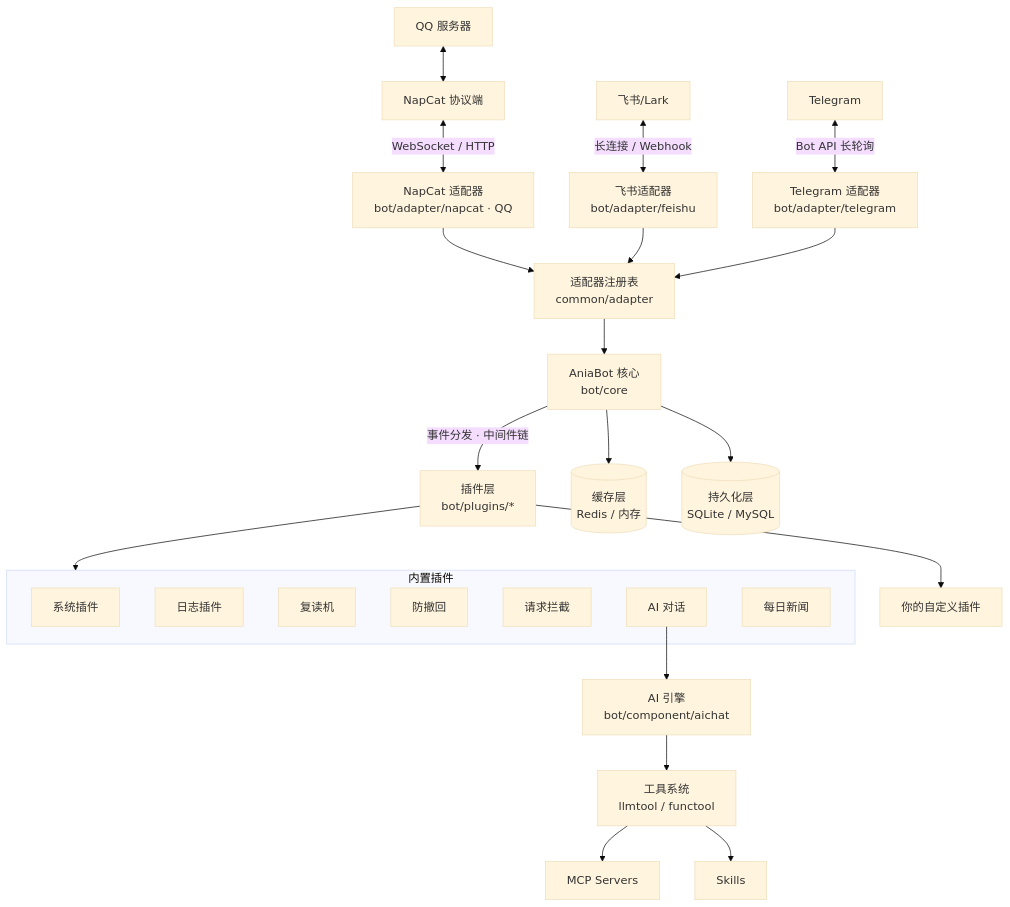
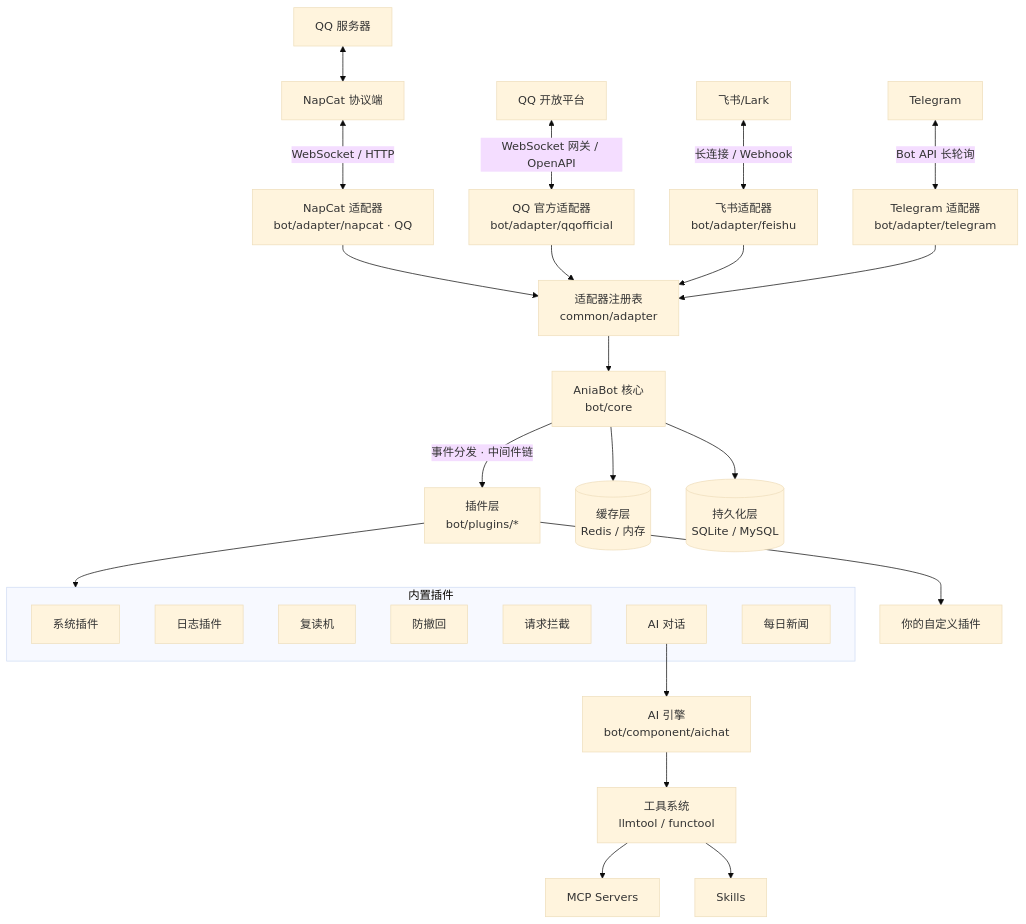
The diagram in docs/guide/introduction.md (jeanhua/AniaBot), drawn with Mermaid (base theme) before and after one commit. The commit also changed other lines of this file and 23 other files, not shown here.

````diff
--- a/docs/guide/introduction.md
+++ b/docs/guide/introduction.md
@@ -23,33 +23,35 @@
 ```mermaid
 flowchart TB
     QQ[QQ 服务器] <--> NapCat[NapCat 协议端]
     NapCat <-->|WebSocket / HTTP| NAdapter[NapCat 适配器<br/>bot/adapter/napcat · QQ]
+    QQOfficial[QQ 开放平台] <-->|WebSocket 网关 / OpenAPI| QAdapter[QQ 官方适配器<br/>bot/adapter/qqofficial]
     Feishu[飞书/Lark] <-->|长连接 / Webhook| FAdapter[飞书适配器<br/>bot/adapter/feishu]
     Telegram[Telegram] <-->|Bot API 长轮询| TAdapter[Telegram 适配器<br/>bot/adapter/telegram]
     NAdapter --> Registry[适配器注册表<br/>common/adapter]
+    QAdapter --> Registry
     FAdapter --> Registry
     TAdapter --> Registry
     Registry --> Core[AniaBot 核心<br/>bot/core]
     Core -->|事件分发 · 中间件链| Plugins[插件层<br/>bot/plugins/*]
 
     subgraph BuiltIn[内置插件]
         Sys[系统插件]
         Log[日志插件]
         Repeat[复读机]
         Anti[防撤回]
         Interceptor[请求拦截]
         AI[AI 对话]
         News[每日新闻]
     end
 
     Plugins --> BuiltIn
     Plugins --> Custom[你的自定义插件]
 
     AI --> Engine[AI 引擎<br/>bot/component/aichat]
     Engine --> Tools[工具系统<br/>llmtool / functool]
     Tools --> MCP[MCP Servers]
     Tools --> Skills[Skills]
 
     Core --> Cache[(缓存层<br/>Redis / 内存)]
     Core --> Store[(持久化层<br/>SQLite / MySQL)]
 ```
````
